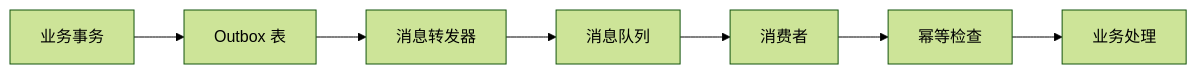
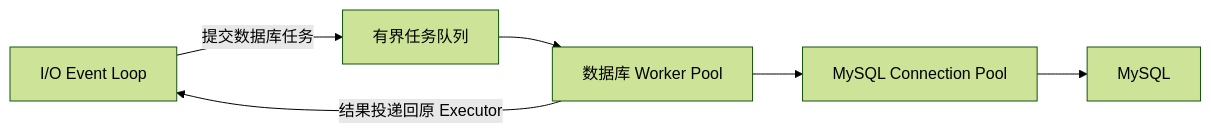
Before and after one commit to Fizgrad/fizgrad.github.io: the fifth of 11 diagrams in blog/cpp_backend.md, drawn with Mermaid (forest theme). The commit also changed other lines of this file and 1 other file, not shown here.

````diff
--- a/blog/cpp_backend.md
+++ b/blog/cpp_backend.md
@@ -1331,9 +908,8 @@
 ```mermaid
 flowchart LR
-    A["业务事务"] --> B["Outbox 表"]
-    B --> C["消息转发器"]
-    C --> D["消息队列"]
-    D --> E["消费者"]
-    E --> F["幂等检查"]
-    F --> G["业务处理"]
+    IO["I/O Event Loop"] -->|"提交数据库任务"| QUEUE["有界任务队列"]
+    QUEUE --> DBPOOL["数据库 Worker Pool"]
+    DBPOOL --> MYSQL["MySQL Connection Pool"]
+    MYSQL --> DB["MySQL"]
+    DBPOOL -->|"结果投递回原 Executor"| IO
 ```
````
